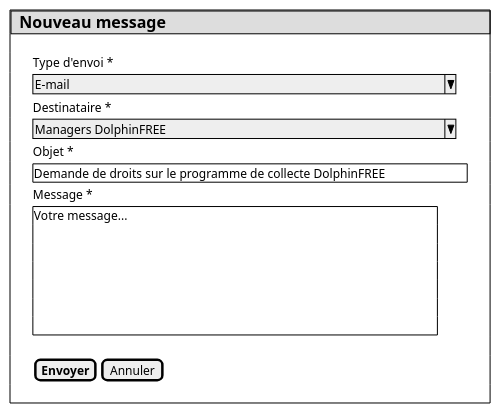
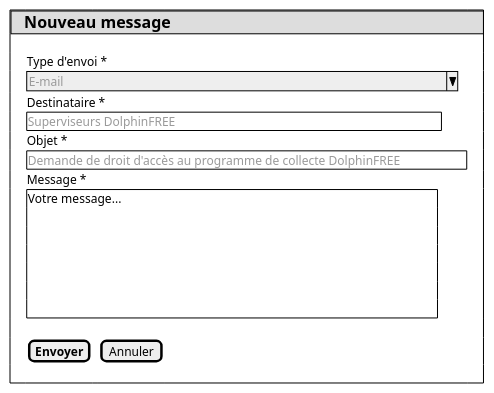
One commit to sumaris-net/sumaris-doc changed the diagram in projects/common/spe/images/program-access-rights-request-message.puml. Above: the diagram before and after it, drawn with PlantUML. The commit also changed 8 other files, not shown here.

```diff
--- a/projects/common/spe/images/program-access-rights-request-message.puml
+++ b/projects/common/spe/images/program-access-rights-request-message.puml
@@ -1,27 +1,27 @@
 @startsalt
 {
     {+
-        {* <size:16><b>  Nouveau message}
-        .
-        { | . | . | . | . | Type d'envoi * | . | . | . | . | }
-        { | . | . | . | . | ^E-mail                                             ^ | . | . | . | . | }
-        { | . | . | . | . | Destinataire * | . | . | . | . | }
-        { | . | . | . | . | ^Managers DolphinFREE                               ^ | . | . | . | . | }
-        { | . | . | . | . | Objet * | . | . | . | . | }
-        { | . | . | . | . | {+ <size:12>Demande de droits sur le programme de collecte DolphinFREE                          </size> } | . | . | . | . | }
-        { | . | . | . | . | Message * | . | . | . | . | }
-        { | . | . | . | . | {+
-                                <size:12>Votre message...                                                                                                   </size>
-                                .
-                                .
-                                .
-                                .
-                                .
-                                .
-                            } | . | . | . | . | }
-        .
-        { | . | . | . | . | [<b>Envoyer] | [Annuler] | }
-        .
+        {* <color:dddddd> | <size:16><b>Nouveau message} | * | * | * | * | *
+        . | . | . | . | . | .
+        <color:ffffff>++ |  Type d'envoi * | * | * | * | <color:ffffff>++
+        . | ^<color:#9a9a9a>E-mail                                              ^ | * | * | * | .
+        . | Destinataire * | * | * | * | .
+        . | {+ <color:#9a9a9a>Superviseurs DolphinFREE                                                                                     </color> } | * | * | * | .
+        . | Objet * | * | * | * | .
+        . | {+ <color:#9a9a9a>Demande de droit d'accès au programme de collecte DolphinFREE                     </color> } | * | * | * | .
+        . | Message * | * | * | * | .
+        . | {+
+                <size:12>Votre message...                                                                                                     </size>
+                .
+                .
+                .
+                .
+                .
+                .
+            } | * | * | * | .
+        . | . | . | . | . | .
+        . | [<b>Envoyer] | . | [Annuler] | . | .
+        . | . | . | . | . | .
     }
 }
 @endsalt
```
